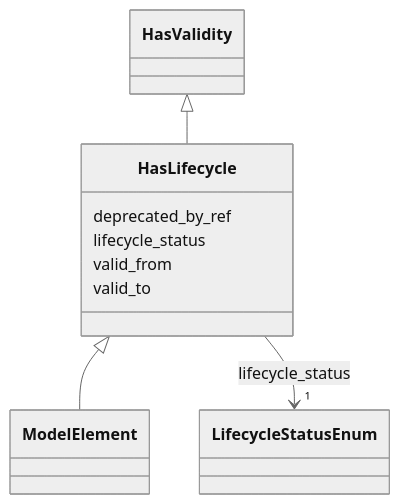
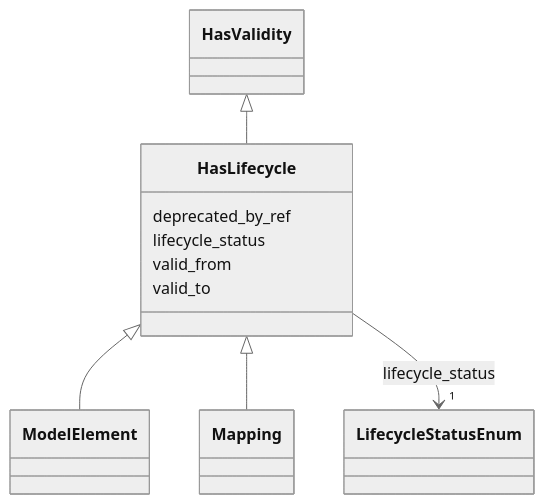
One commit to oista/moex-data-model changed the diagram in generated/artifacts/moex-dams/0.1/diagrams/HasLifecycle.md. Above: the diagram before and after it, drawn with Mermaid (neutral theme). The commit also changed 32 other files, not shown here.

Commit message:
feat(dams): Mapping is IdentifiedElement; schema 3.0.0 (ADR-044 PR-6)

````diff
--- a/generated/artifacts/moex-dams/0.1/diagrams/HasLifecycle.md
+++ b/generated/artifacts/moex-dams/0.1/diagrams/HasLifecycle.md
@@ -4,31 +4,33 @@
 ```mermaid
  classDiagram
     class HasLifecycle
     click HasLifecycle href "../HasLifecycle"
       HasValidity <|-- HasLifecycle
         click HasValidity href "../HasValidity"
       
 
       HasLifecycle <|-- ModelElement
         click ModelElement href "../ModelElement"
+      HasLifecycle <|-- Mapping
+        click Mapping href "../Mapping"
       
 
       HasLifecycle : deprecated_by_ref
         
       HasLifecycle : lifecycle_status
         
           
     
         
         
         HasLifecycle --> "1" LifecycleStatusEnum : lifecycle_status
         click LifecycleStatusEnum href "../LifecycleStatusEnum"
     
 
         
       HasLifecycle : valid_from
         
       HasLifecycle : valid_to
         
       
 ```
````
